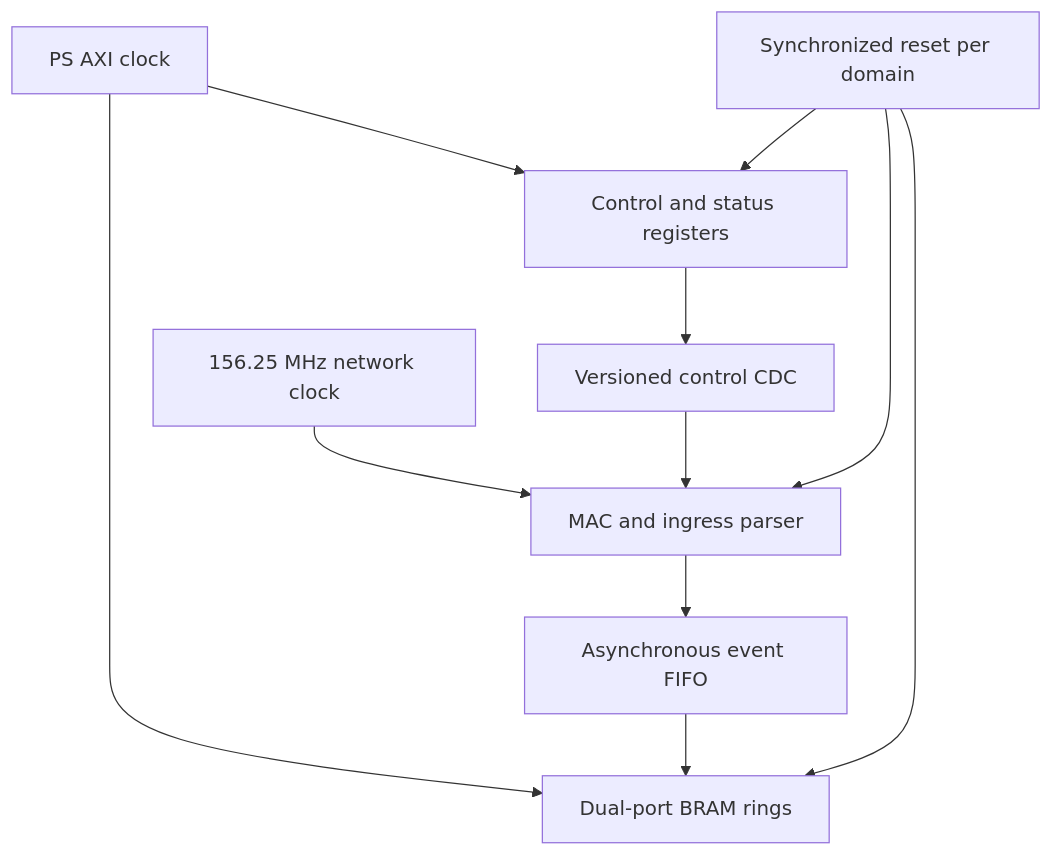
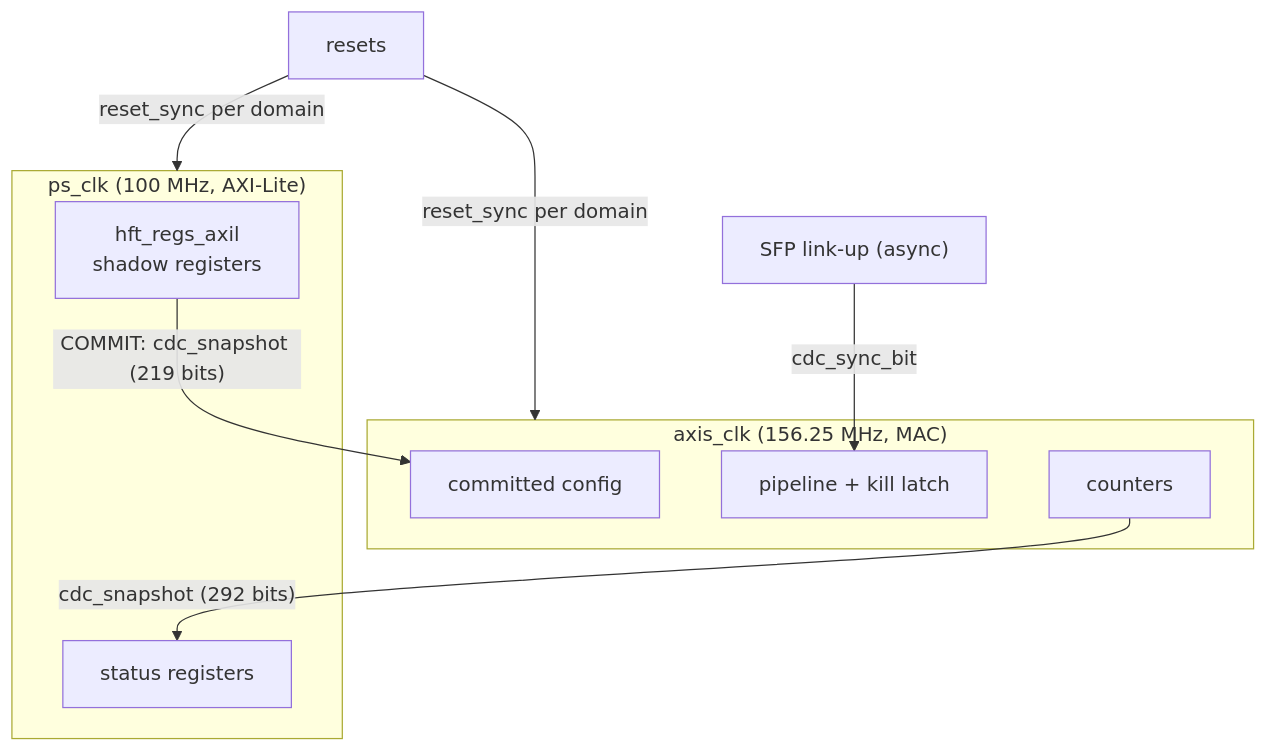
The second of 2 diagrams in docs/architecture/fpga.md (ps-chong/hft-toy-project), drawn with Mermaid before and after one commit. The commit also changed other lines of this file and 74 other files, not shown here.

First line of the commit message:
docs: README with figures, workflow guides and refreshed architecture

````diff
--- a/docs/architecture/fpga.md
+++ b/docs/architecture/fpga.md
@@ -39,13 +48,17 @@
 ```mermaid
 flowchart TB
-    NetClk["156.25 MHz network clock"] --> Ingress["MAC and ingress parser"]
-    PsClk["PS AXI clock"] --> Registers["Control and status registers"]
-    PsClk --> Bram["Dual-port BRAM rings"]
-    Ingress --> CdcEvent["Asynchronous event FIFO"]
-    CdcEvent --> Bram
-    Registers --> CdcControl["Versioned control CDC"]
-    CdcControl --> Ingress
-    Reset["Synchronized reset per domain"] --> Ingress
-    Reset --> Registers
-    Reset --> Bram
+    subgraph PS["ps_clk (100 MHz, AXI-Lite)"]
+        Regs["hft_regs_axil<br/>shadow registers"]
+        Status["status registers"]
+    end
+    subgraph AXIS["axis_clk (156.25 MHz, MAC)"]
+        Config["committed config"]
+        Pipe["pipeline + kill latch"]
+        Counters["counters"]
+    end
+    Regs -->|"COMMIT: cdc_snapshot (219 bits)"| Config
+    Counters -->|"cdc_snapshot (292 bits)"| Status
+    Link["SFP link-up (async)"] -->|cdc_sync_bit| Pipe
+    Rst["resets"] -->|reset_sync per domain| PS
+    Rst -->|reset_sync per domain| AXIS
 ```
````
